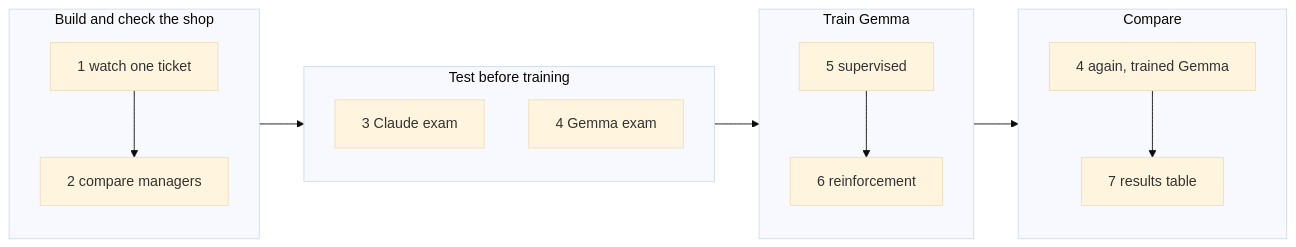
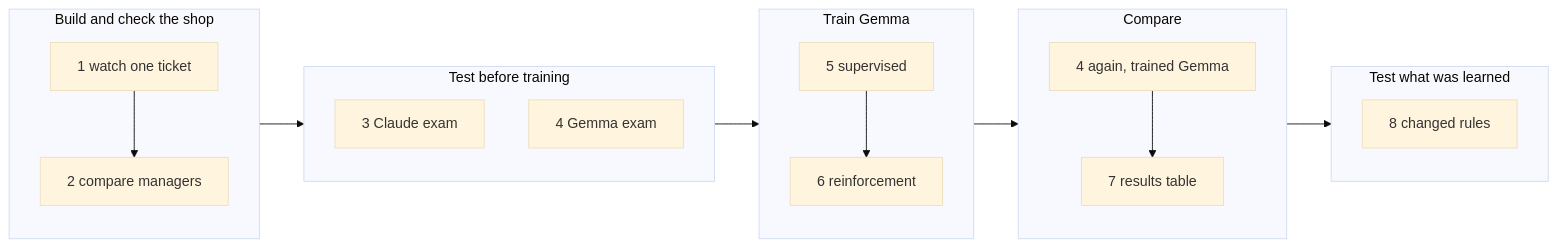
Before and after one commit to lastlad/rl-environments-demo: the first of 14 diagrams in docs/3-the-steps.md, drawn with Mermaid (base theme). The commit also changed other lines of this file and 14 other files, not shown here.

First line of the commit message:
Add step 8: changed-rules exam to test learned vs memorised rules

````diff
--- a/docs/3-the-steps.md
+++ b/docs/3-the-steps.md
@@ -6,17 +6,20 @@
 ```mermaid
 flowchart LR
     subgraph A["Build and check the shop"]
         S1["1 watch one ticket"] --> S2["2 compare managers"]
     end
     subgraph B["Test before training"]
         S3["3 Claude exam"]
         S4["4 Gemma exam"]
     end
     subgraph C["Train Gemma"]
         S5["5 supervised"] --> S6["6 reinforcement"]
     end
     subgraph D["Compare"]
         S4b["4 again, trained Gemma"] --> S7["7 results table"]
     end
-    A --> B --> C --> D
+    subgraph E["Test what was learned"]
+        S8["8 changed rules"]
+    end
+    A --> B --> C --> D --> E
 ```
````
